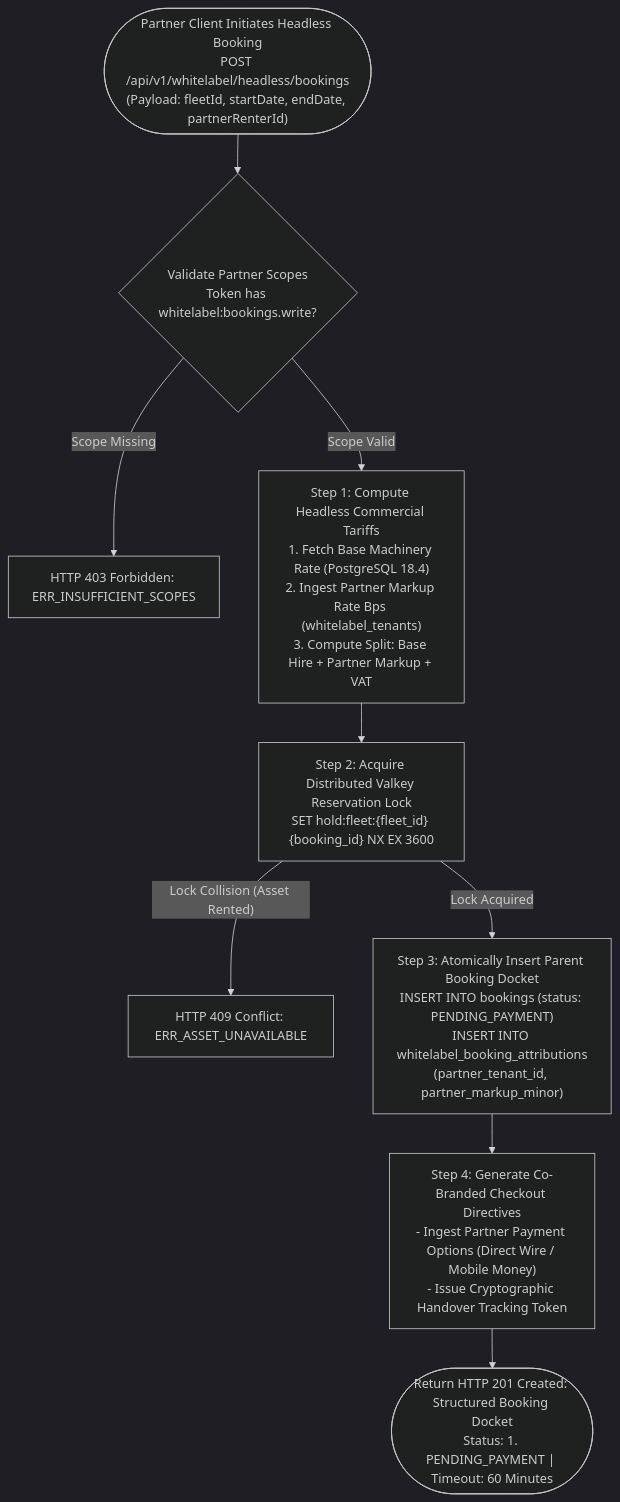
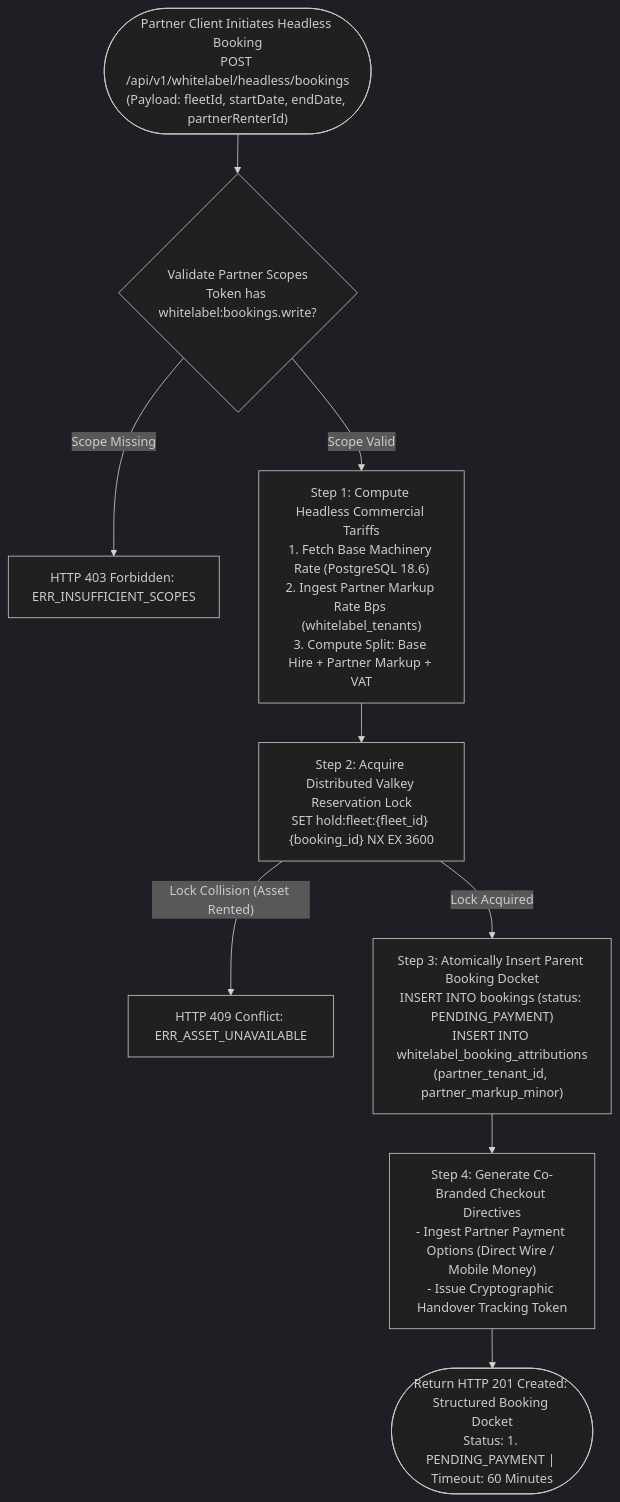
Before and after one commit to YDink/Heavy-Machinery-Logistics-Rental: the second of 4 diagrams in docs/shared/requirements/07-07-white-label-api.md, drawn with Mermaid (dark theme). The commit also changed other lines of this file and 212 other files, not shown here.

````diff
--- a/docs/shared/requirements/07-07-white-label-api.md
+++ b/docs/shared/requirements/07-07-white-label-api.md
@@ -301,16 +301,16 @@
 ```mermaid
 flowchart TD
     PartnerReq(["Partner Client Initiates Headless Booking<br/>POST /api/v1/whitelabel/headless/bookings<br/>(Payload: fleetId, startDate, endDate, partnerRenterId)"]) --> ValidateScope{"Validate Partner Scopes<br/>Token has whitelabel:bookings.write?"}
 
     ValidateScope -->|"Scope Missing"| AbortScope["HTTP 403 Forbidden: ERR_INSUFFICIENT_SCOPES"]
-    ValidateScope -->|"Scope Valid"| ResolveTariff["Step 1: Compute Headless Commercial Tariffs<br/>1. Fetch Base Machinery Rate (PostgreSQL 18.4)<br/>2. Ingest Partner Markup Rate Bps (whitelabel_tenants)<br/>3. Compute Split: Base Hire + Partner Markup + VAT"]
+    ValidateScope -->|"Scope Valid"| ResolveTariff["Step 1: Compute Headless Commercial Tariffs<br/>1. Fetch Base Machinery Rate (PostgreSQL 18.6)<br/>2. Ingest Partner Markup Rate Bps (whitelabel_tenants)<br/>3. Compute Split: Base Hire + Partner Markup + VAT"]
 
     ResolveTariff --> LockAsset["Step 2: Acquire Distributed Valkey Reservation Lock<br/>SET hold:fleet:{fleet_id} {booking_id} NX EX 3600"]
 
     LockAsset -->|"Lock Collision (Asset Rented)"| ReturnConflict["HTTP 409 Conflict: ERR_ASSET_UNAVAILABLE"]
     LockAsset -->|"Lock Acquired"| InsertBooking["Step 3: Atomically Insert Parent Booking Docket<br/>INSERT INTO bookings (status: PENDING_PAYMENT)<br/>INSERT INTO whitelabel_booking_attributions<br/>(partner_tenant_id, partner_markup_minor)"]
 
     InsertBooking --> GenerateDirectives["Step 4: Generate Co-Branded Checkout Directives<br/>- Ingest Partner Payment Options (Direct Wire / Mobile Money)<br/>- Issue Cryptographic Handover Tracking Token"]
 
     GenerateDirectives --> EmitCreated(["Return HTTP 201 Created: Structured Booking Docket<br/>Status: 1. PENDING_PAYMENT | Timeout: 60 Minutes"])
 ```
````
